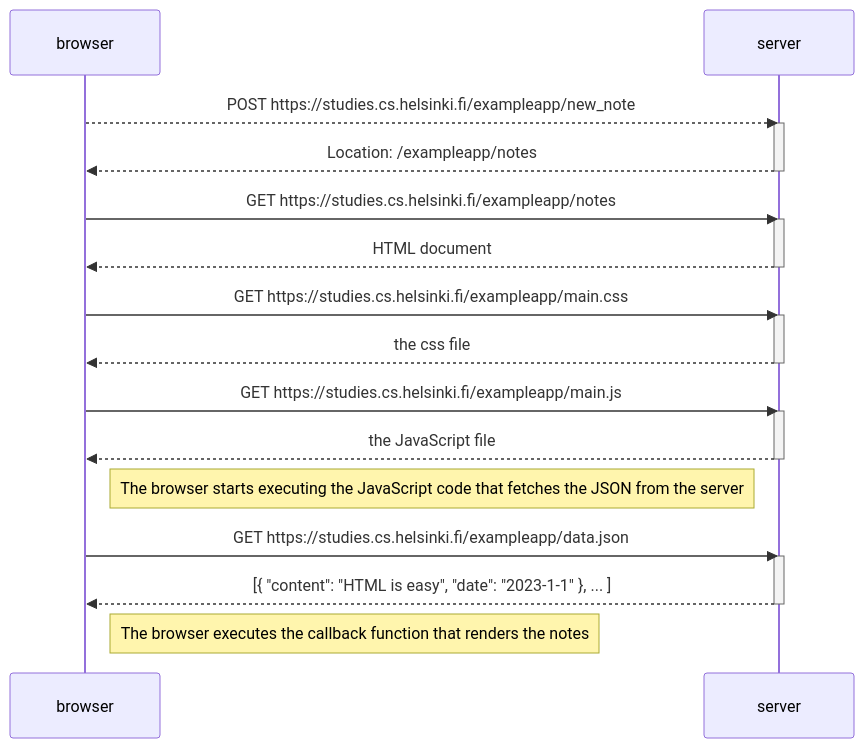
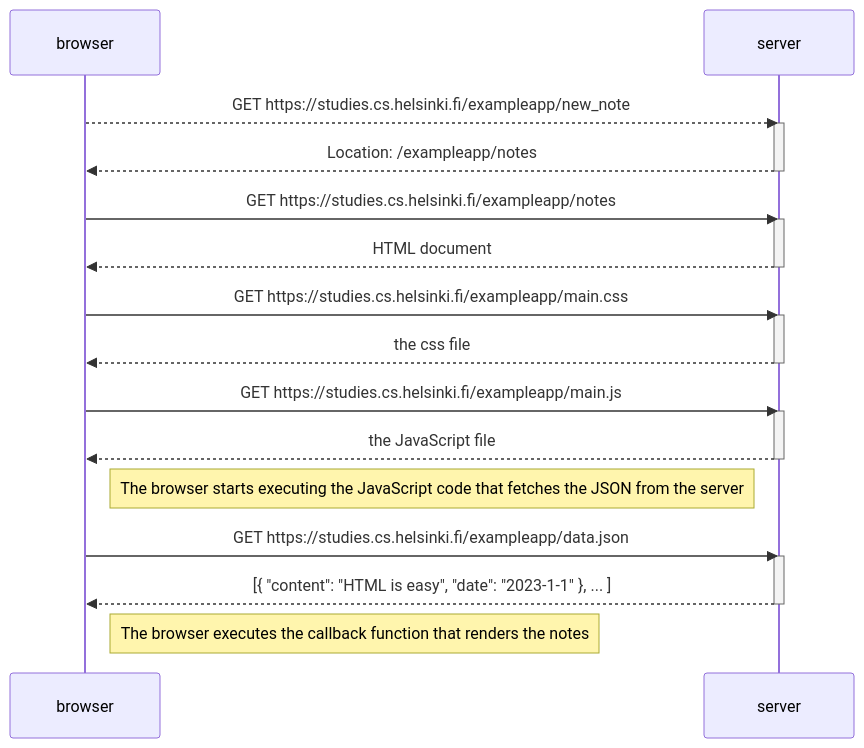
Before and after one commit to Gr701/intro: the diagram in diagram.md, drawn with Mermaid.

````diff
--- a/diagram.md
+++ b/diagram.md
@@ -1,33 +1,33 @@
 ```mermaid
     sequenceDiagram
                 
-        browser-->>server: POST https://studies.cs.helsinki.fi/exampleapp/new_note
+        browser-->>server: GET https://studies.cs.helsinki.fi/exampleapp/new_note
         activate server
         server-->>browser: Location: /exampleapp/notes
         deactivate server
 
         browser->>server: GET https://studies.cs.helsinki.fi/exampleapp/notes
         activate server
         server-->>browser: HTML document
         deactivate server
     
         browser->>server: GET https://studies.cs.helsinki.fi/exampleapp/main.css
         activate server
         server-->>browser: the css file
         deactivate server
     
         browser->>server: GET https://studies.cs.helsinki.fi/exampleapp/main.js
         activate server
         server-->>browser: the JavaScript file
         deactivate server
     
         Note right of browser: The browser starts executing the JavaScript code that fetches the JSON from the server
     
         browser->>server: GET https://studies.cs.helsinki.fi/exampleapp/data.json
         activate server
         server-->>browser: [{ "content": "HTML is easy", "date": "2023-1-1" }, ... ]
         deactivate server
     
         Note right of browser: The browser executes the callback function that renders the notes
                              
 ```
````
